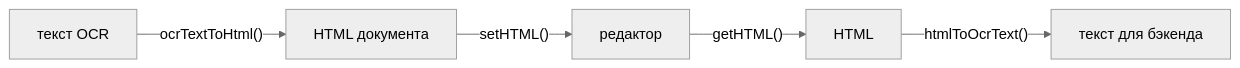
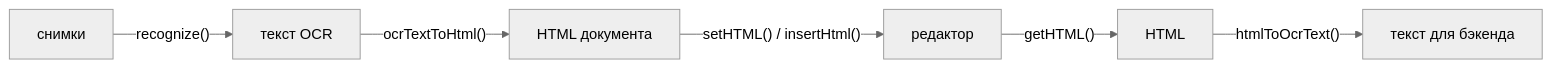
The diagram in docs/library/18-ocr.md (rinatgaynullin/study-area), drawn with Mermaid (neutral theme) before and after one commit. The commit also changed other lines of this file and 23 other files, not shown here.

````diff
--- a/docs/library/18-ocr.md
+++ b/docs/library/18-ocr.md
@@ -13,7 +14,8 @@
 ```mermaid
 flowchart LR
-  text["текст OCR"] -- "ocrTextToHtml()" --> html["HTML документа"]
-  html -- "setHTML()" --> editor["редактор"]
+  photo["снимки"] -- "recognize()" --> text["текст OCR"]
+  text -- "ocrTextToHtml()" --> html["HTML документа"]
+  html -- "setHTML() / insertHtml()" --> editor["редактор"]
   editor -- "getHTML()" --> html2["HTML"]
   html2 -- "htmlToOcrText()" --> text2["текст для бэкенда"]
 ```
````
